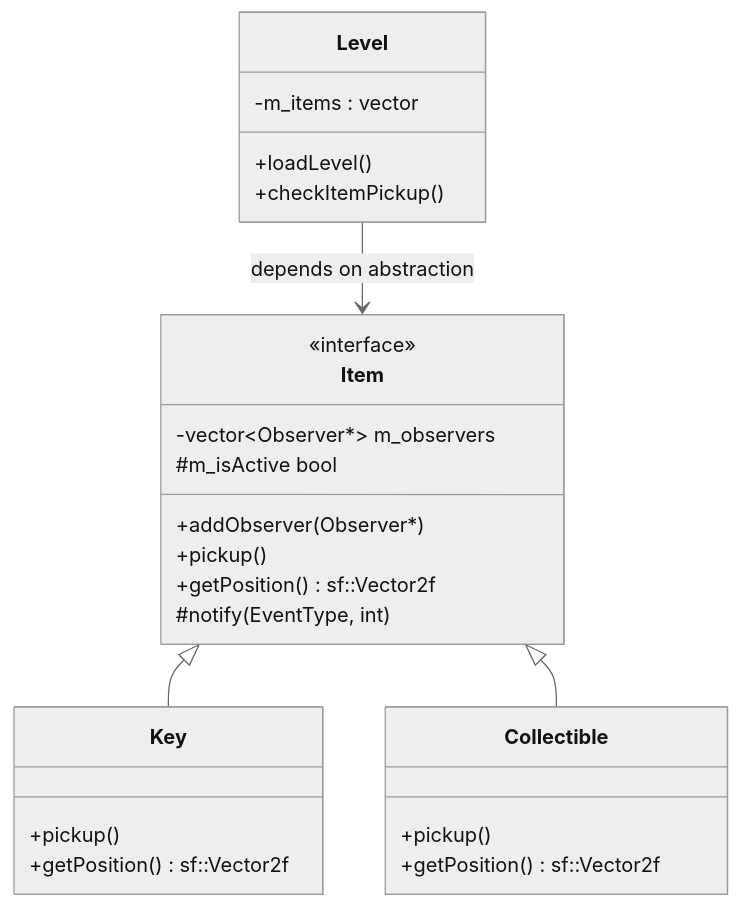
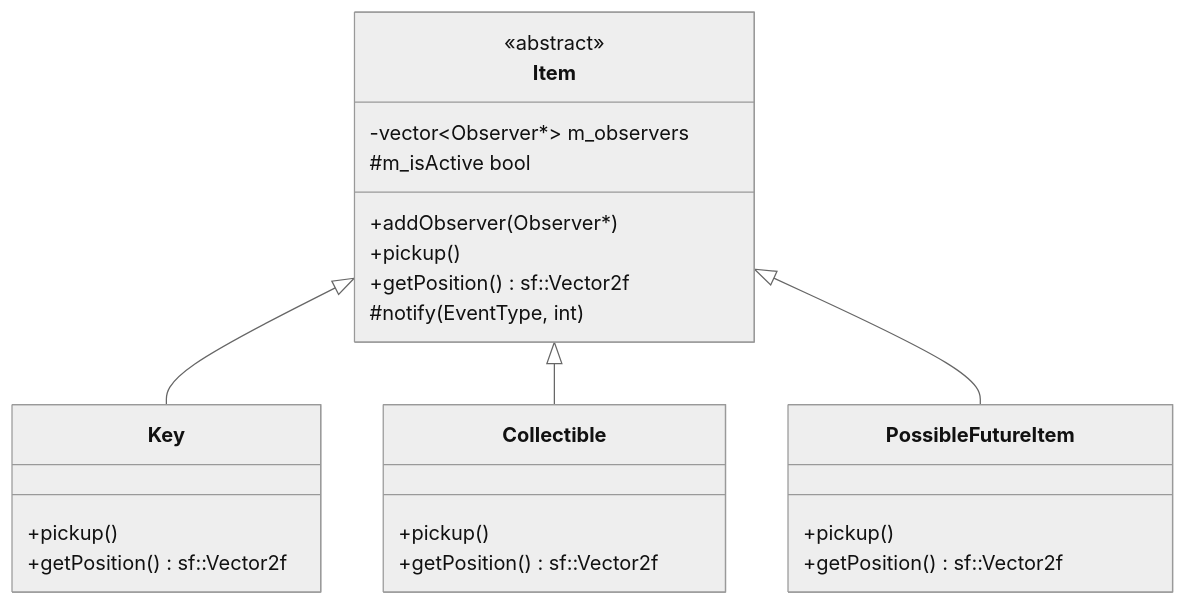
The diagram in ocp.md (ITCGamesProg2/jp26-superawesome_bffs5eva), drawn with Mermaid (neutral theme) before and after one commit.

````diff
--- a/ocp.md
+++ b/ocp.md
@@ -1,32 +1,31 @@
 ```mermaid
 classDiagram
-    class Level {
-        -m_items : vector<Item*>
-        +loadLevel()
-        +checkItemPickup()
-    }
-
     class Item {
-<<interface>>
+        <<abstract>>
         -vector~Observer*~ m_observers
         +addObserver(Observer*)
         +pickup()
         +getPosition() sf::Vector2f
         #notify(EventType, int)
         #m_isActive bool
     }
 
-    class Collectible {
+   class Collectible {
         +pickup()
         +getPosition() sf::Vector2f
     }
 
     class Key {
         +pickup()
         +getPosition() sf::Vector2f
     }
 
-    Level --> Item : depends on abstraction
+    class PossibleFutureItem {
+        +pickup()
+        +getPosition() sf::Vector2f
+    }
+
     Item <|-- Key
     Item <|-- Collectible
+    Item <|-- PossibleFutureItem
 ```
````
